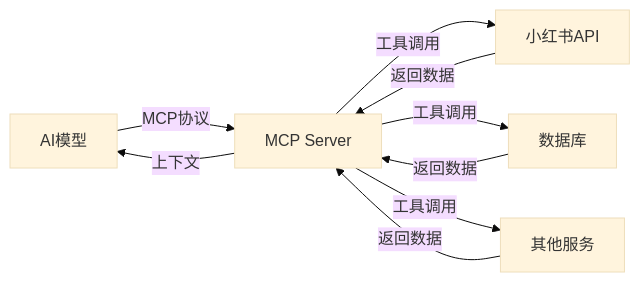
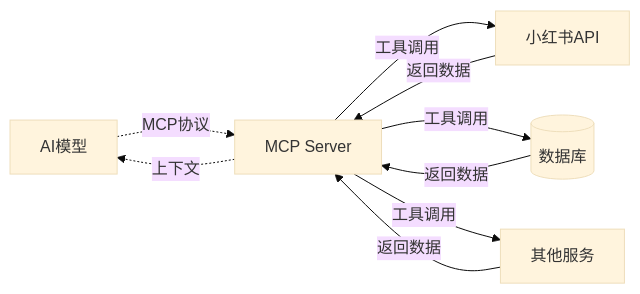
One commit to s233a/slidev-ppt changed the first of 3 diagrams in slides.md. Above: the diagram before and after it, drawn with Mermaid (base theme). The commit also changed other lines of this file, not shown here.

````diff
--- a/slides.md
+++ b/slides.md
@@ -33,11 +69,11 @@
 ```mermaid
 graph LR
-    A[AI模型] -->|MCP协议| B[MCP Server]
+    A[AI模型] -.->|MCP协议| B[MCP Server]
     B -->|工具调用| C[小红书API]
-    B -->|工具调用| D[数据库]
+    B -->|工具调用| D[(数据库)]
     B -->|工具调用| E[其他服务]
     C -->|返回数据| B
     D -->|返回数据| B
     E -->|返回数据| B
-    B -->|上下文| A
+    B -.->|上下文| A
 ```
````
